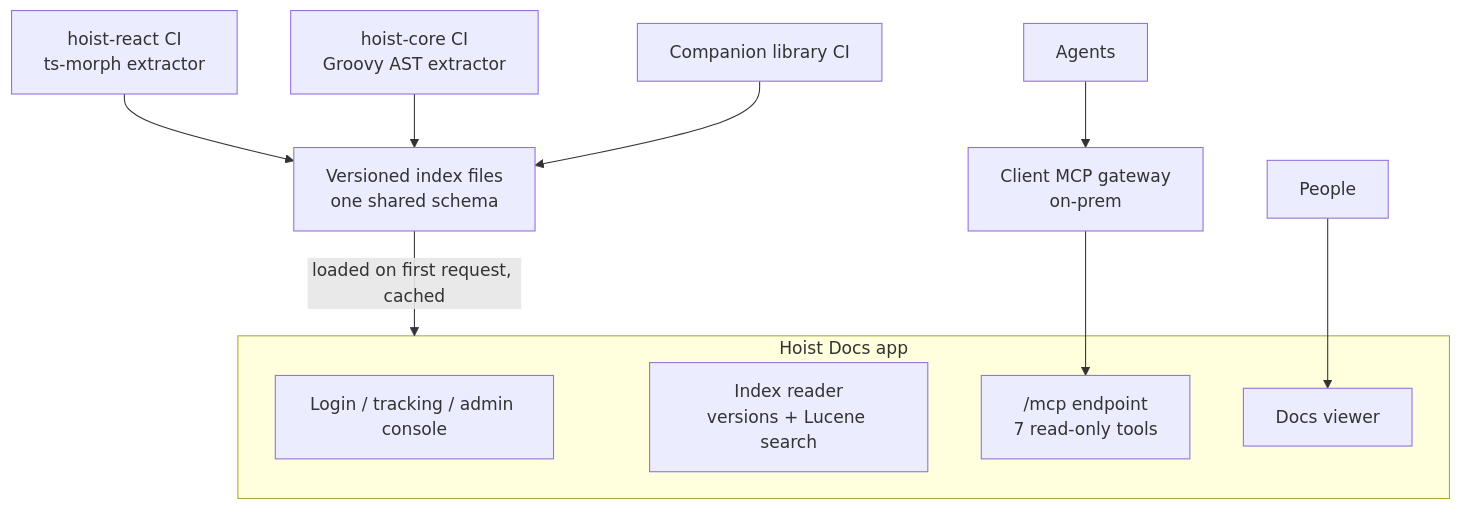
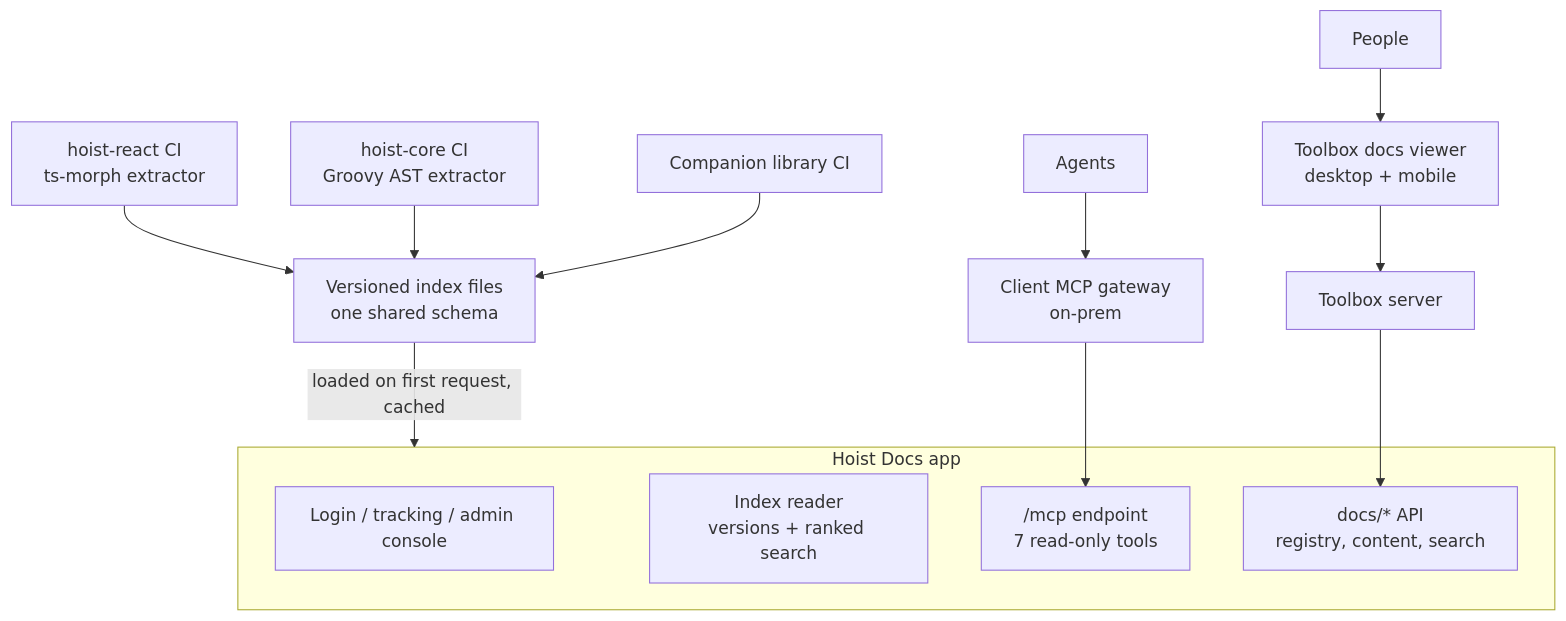
The diagram in docs/design.md (xh/hoist-docs), drawn with Mermaid before and after one commit. The commit also changed other lines of this file and 27 other files, not shown here.

First line of the commit message:
Serve docs to Toolbox through a public docs API; drop the viewer

````diff
--- a/docs/design.md
+++ b/docs/design.md
@@ -65,16 +67,18 @@
 ```mermaid
 flowchart TB
     R[hoist-react CI<br/>ts-morph extractor] --> I
     C[hoist-core CI<br/>Groovy AST extractor] --> I
     X[Companion library CI] --> I
     I[Versioned index files<br/>one shared schema] -->|loaded on first request, cached| S
     subgraph S[Hoist Docs app]
         L[Login / tracking / admin console]
-        IR[Index reader<br/>versions + Lucene search]
+        IR[Index reader<br/>versions + ranked search]
         M["/mcp endpoint<br/>7 read-only tools"]
-        V[Docs viewer]
+        D["docs/* API<br/>registry, content, search"]
     end
     G[Client MCP gateway<br/>on-prem] --> M
     A[Agents] --> G
-    P[People] --> V
+    T[Toolbox server] --> D
+    P[People] --> TV[Toolbox docs viewer<br/>desktop + mobile]
+    TV --> T
 ```
````
